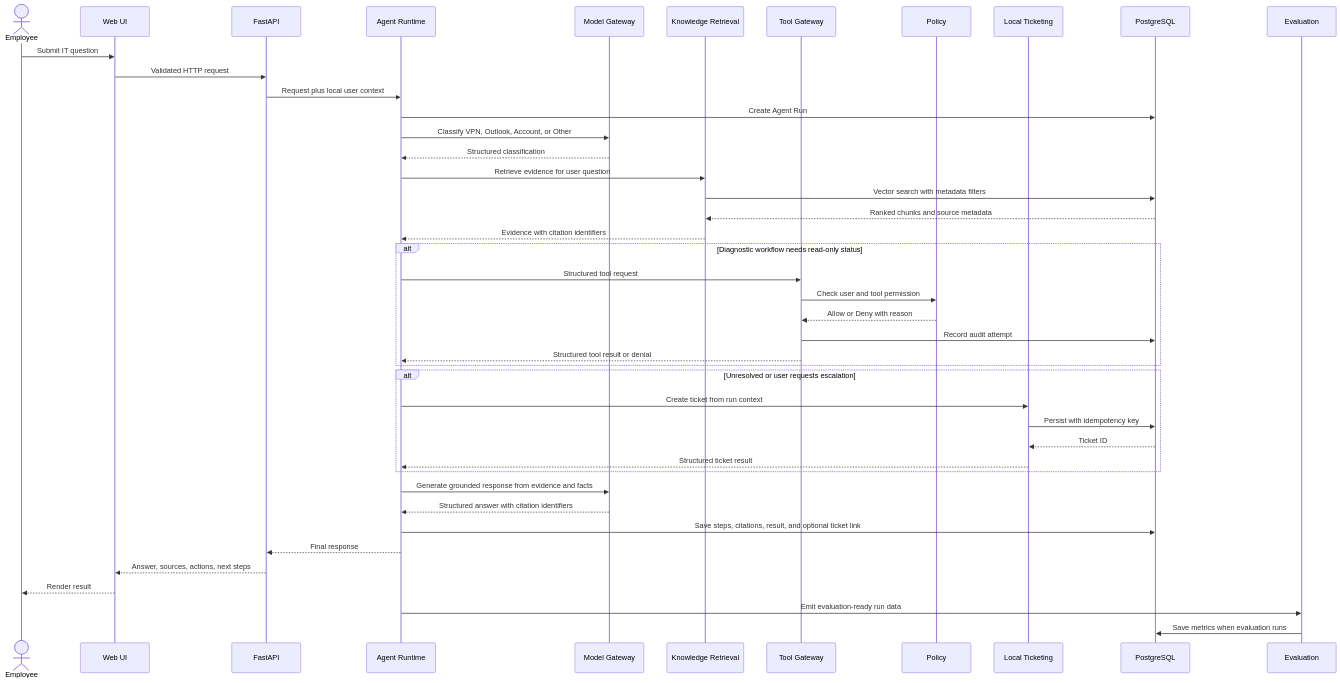
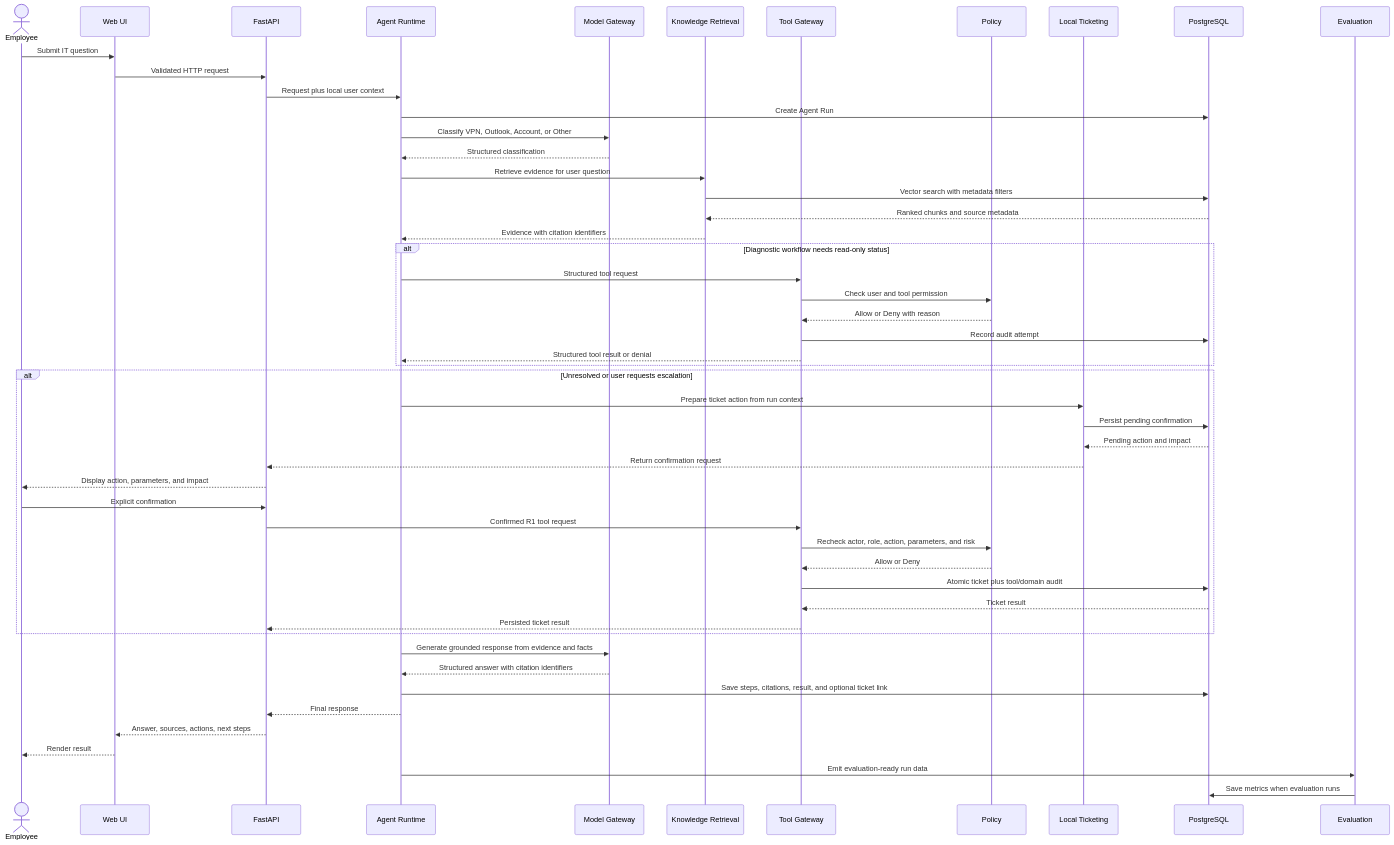
The second of 3 diagrams in docs/architecture/mvp_architecture.md (scout099/enterprise-it-support-ai-agent), drawn with Mermaid before and after one commit. The commit also changed other lines of this file and 141 other files, not shown here.

````diff
--- a/docs/architecture/mvp_architecture.md
+++ b/docs/architecture/mvp_architecture.md
@@ -86,49 +86,57 @@
 ```mermaid
 sequenceDiagram
     actor U as Employee
     participant W as Web UI
     participant A as FastAPI
     participant R as Agent Runtime
     participant M as Model Gateway
     participant K as Knowledge Retrieval
     participant T as Tool Gateway
     participant P as Policy
     participant I as Local Ticketing
     participant D as PostgreSQL
     participant E as Evaluation
 
     U->>W: Submit IT question
     W->>A: Validated HTTP request
     A->>R: Request plus local user context
     R->>D: Create Agent Run
     R->>M: Classify VPN, Outlook, Account, or Other
     M-->>R: Structured classification
     R->>K: Retrieve evidence for user question
     K->>D: Vector search with metadata filters
     D-->>K: Ranked chunks and source metadata
     K-->>R: Evidence with citation identifiers
 
     alt Diagnostic workflow needs read-only status
         R->>T: Structured tool request
         T->>P: Check user and tool permission
         P-->>T: Allow or Deny with reason
         T->>D: Record audit attempt
         T-->>R: Structured tool result or denial
     end
 
     alt Unresolved or user requests escalation
-        R->>I: Create ticket from run context
-        I->>D: Persist with idempotency key
-        D-->>I: Ticket ID
-        I-->>R: Structured ticket result
+        R->>I: Prepare ticket action from run context
+        I->>D: Persist pending confirmation
+        D-->>I: Pending action and impact
+        I-->>A: Return confirmation request
+        A-->>U: Display action, parameters, and impact
+        U->>A: Explicit confirmation
+        A->>T: Confirmed R1 tool request
+        T->>P: Recheck actor, role, action, parameters, and risk
+        P-->>T: Allow or Deny
+        T->>D: Atomic ticket plus tool/domain audit
+        D-->>T: Ticket result
+        T-->>A: Persisted ticket result
     end
 
     R->>M: Generate grounded response from evidence and facts
     M-->>R: Structured answer with citation identifiers
     R->>D: Save steps, citations, result, and optional ticket link
     R-->>A: Final response
     A-->>W: Answer, sources, actions, next steps
     W-->>U: Render result
     R->>E: Emit evaluation-ready run data
     E->>D: Save metrics when evaluation runs
 ```
````
